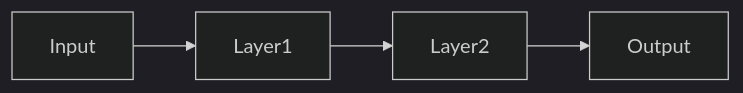
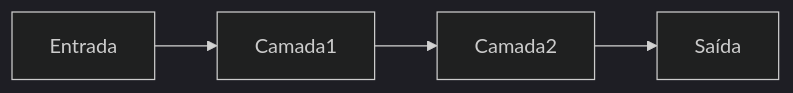
The diagram in i18n/pt-BR/docusaurus-plugin-content-docs/current/neural-networks/index.md (EmersonBraun/ai-summary-hub), drawn with Mermaid (dark theme) before and after one commit. The commit also changed other lines of this file and 384 other files, not shown here.

````diff
--- a/i18n/pt-BR/docusaurus-plugin-content-docs/current/neural-networks/index.md
+++ b/i18n/pt-BR/docusaurus-plugin-content-docs/current/neural-networks/index.md
@@ -17,6 +17,6 @@
 ```mermaid
 flowchart LR
-  Input[Input] --> Layer1[Layer1]
-  Layer1 --> Layer2[Layer2]
-  Layer2 --> Output[Output]
+  Input[Entrada] --> Layer1[Camada1]
+  Layer1 --> Layer2[Camada2]
+  Layer2 --> Output[Saída]
 ```
````
